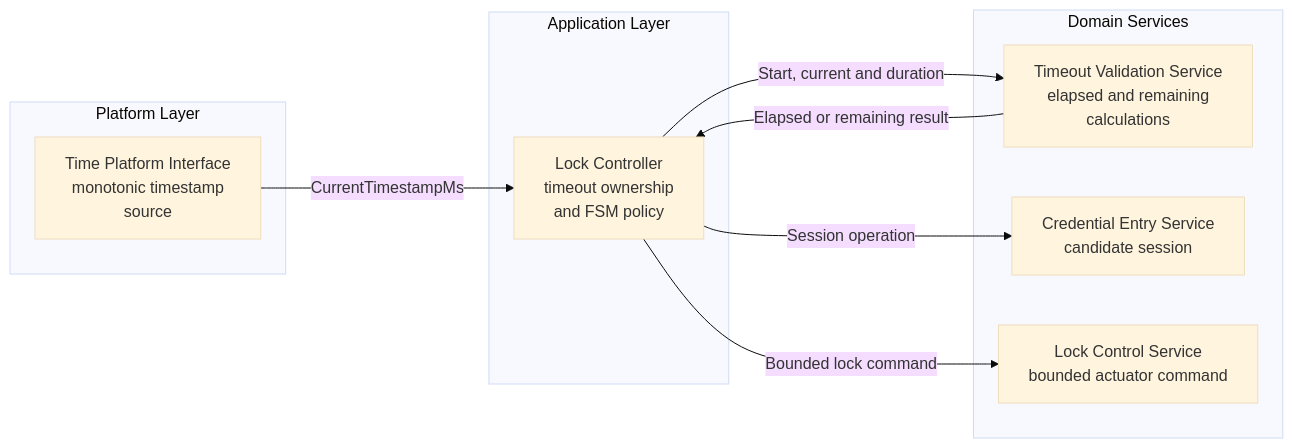
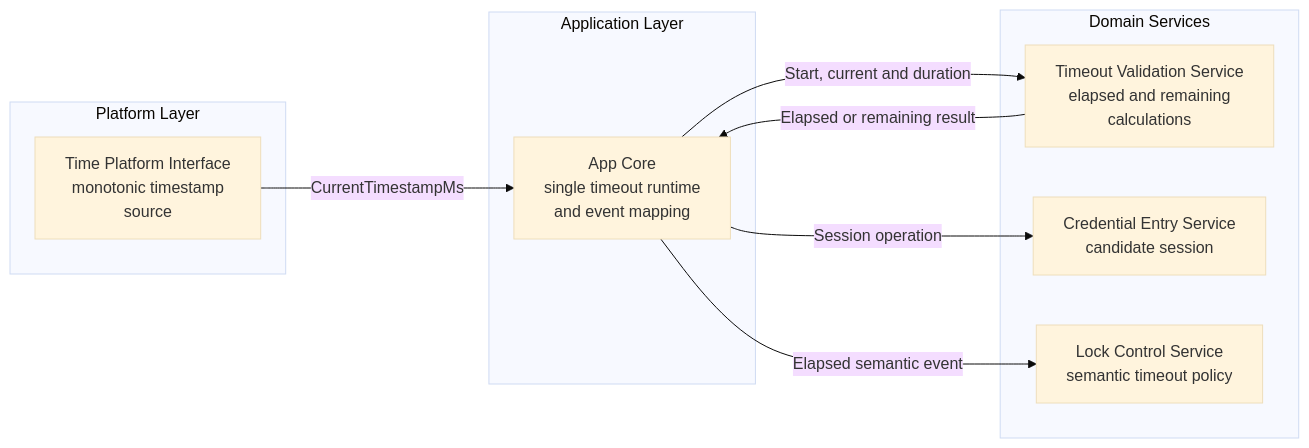
Before and after one commit to JP-REY/STM32F103C8T6-Based-Electronic-Lock: the first of 3 diagrams in Libs/Services/Timeout_Validation/README.md, drawn with Mermaid (base theme). The commit also changed other lines of this file and 22 other files, not shown here.

First line of the commit message:
docs: update project architecture and module documentation

````diff
--- a/Libs/Services/Timeout_Validation/README.md
+++ b/Libs/Services/Timeout_Validation/README.md
@@ -116,22 +116,22 @@
 ```mermaid
 flowchart LR
     subgraph PLATFORM["Platform Layer"]
         TIME["Time Platform Interface<br/>monotonic timestamp<br/> source"]
     end
 
     subgraph APP["Application Layer"]
-        CTRL["Lock Controller<br/>timeout ownership<br/> and FSM policy"]
+        CORE["App Core<br/>single timeout runtime<br/> and event mapping"]
     end
 
     subgraph SERVICES["Domain Services"]
         TVS["Timeout Validation Service<br/>elapsed and remaining<br/> calculations"]
         CES["Credential Entry Service<br/>candidate session"]
-        LCS["Lock Control Service<br/>bounded actuator command"]
+        LCS["Lock Control Service<br/>semantic timeout policy"]
     end
 
-    TIME -->|"CurrentTimestampMs"| CTRL
-    CTRL -->|"Start, current and duration"| TVS
-    TVS -->|"Elapsed or remaining result"| CTRL
-    CTRL -->|"Session operation"| CES
-    CTRL -->|"Bounded lock command"| LCS
+    TIME -->|"CurrentTimestampMs"| CORE
+    CORE -->|"Start, current and duration"| TVS
+    TVS -->|"Elapsed or remaining result"| CORE
+    CORE -->|"Session operation"| CES
+    CORE -->|"Elapsed semantic event"| LCS
 ```
````
